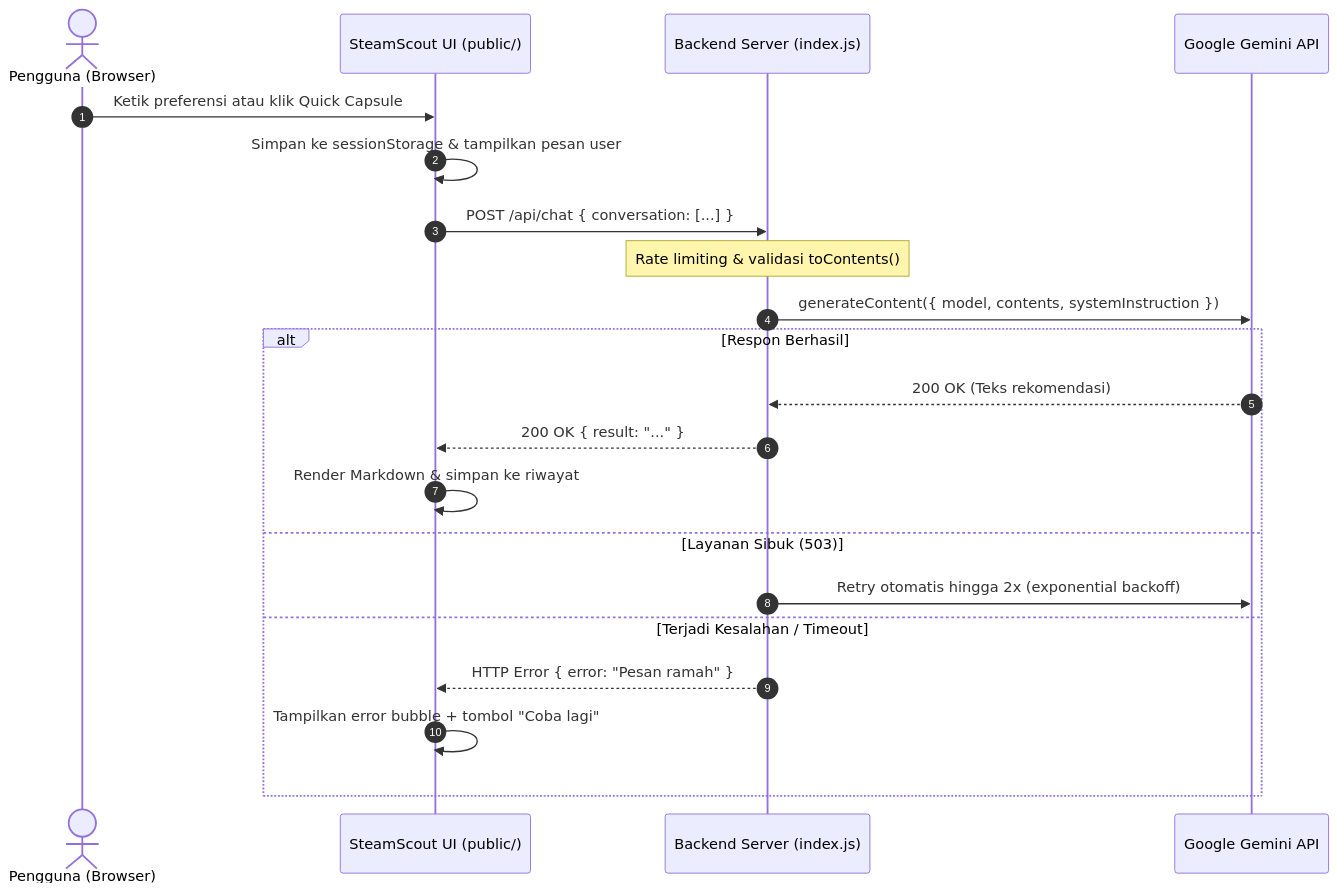
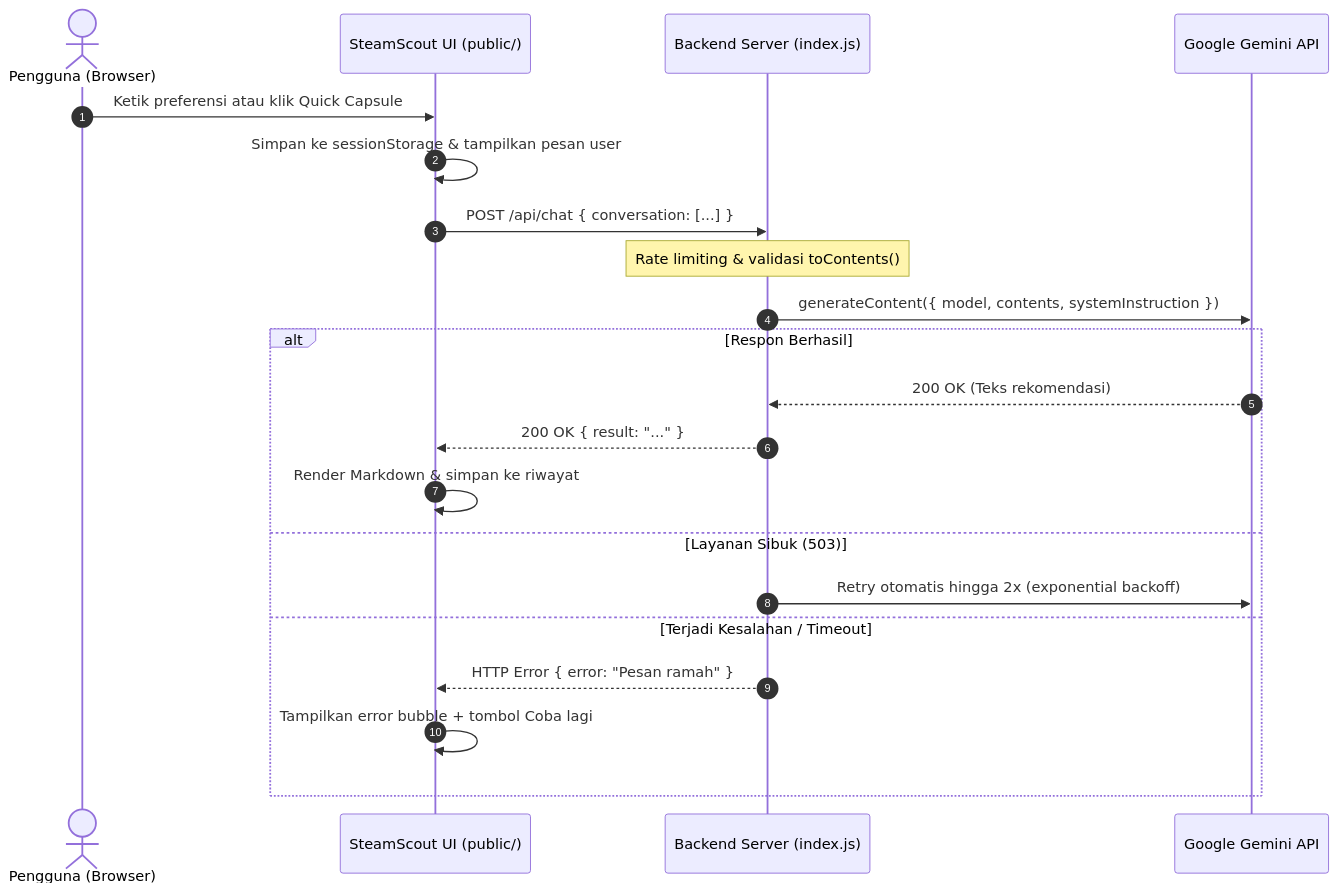
One commit to Farhanrhm/ChatBot changed the diagram in README.md. Above: the diagram before and after it, drawn with Mermaid. The commit also changed other lines of this file, not shown here.

````diff
--- a/README.md
+++ b/README.md
@@ -43,24 +39,24 @@
 ```mermaid
 sequenceDiagram
     autonumber
     actor Gamer as Pengguna (Browser)
     participant UI as SteamScout UI (public/)
     participant Express as Backend Server (index.js)
     participant Gemini as Google Gemini API
 
     Gamer->>UI: Ketik preferensi atau klik Quick Capsule
     UI->>UI: Simpan ke sessionStorage & tampilkan pesan user
     UI->>Express: POST /api/chat { conversation: [...] }
     Note over Express: Rate limiting & validasi toContents()
     Express->>Gemini: generateContent({ model, contents, systemInstruction })
     alt Respon Berhasil
         Gemini-->>Express: 200 OK (Teks rekomendasi)
         Express-->>UI: 200 OK { result: "..." }
         UI->>UI: Render Markdown & simpan ke riwayat
     else Layanan Sibuk (503)
         Express->>Gemini: Retry otomatis hingga 2x (exponential backoff)
     else Terjadi Kesalahan / Timeout
         Express-->>UI: HTTP Error { error: "Pesan ramah" }
-        UI->>UI: Tampilkan error bubble + tombol "Coba lagi"
+        UI->>UI: Tampilkan error bubble + tombol Coba lagi
     end
 ```
````
